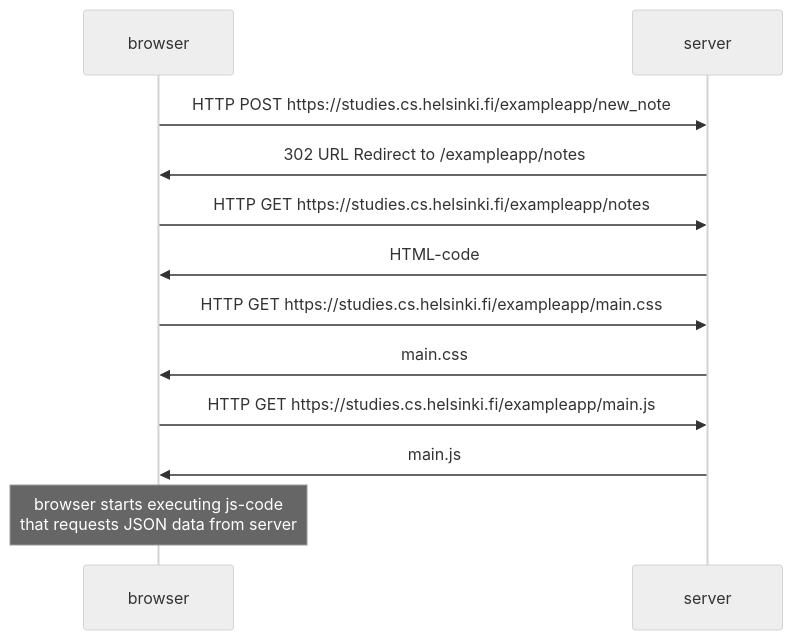
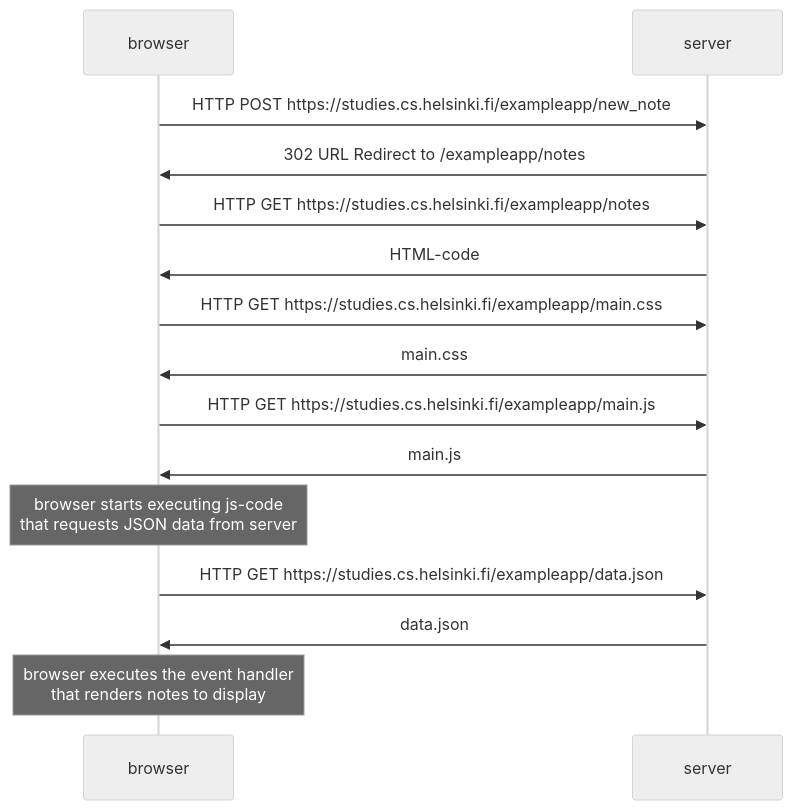
The diagram in part0/new_note_diagram.md (IAmCellist/full-stack-open), drawn with Mermaid (neutral theme) before and after one commit.

````diff
--- a/part0/new_note_diagram.md
+++ b/part0/new_note_diagram.md
@@ -1,19 +1,24 @@
 ```mermaid
   sequenceDiagram
     participant browser
     participant server
     browser->>server: HTTP POST https://studies.cs.helsinki.fi/exampleapp/new_note
     server->>browser: 302 URL Redirect to /exampleapp/notes
     browser->>server: HTTP GET https://studies.cs.helsinki.fi/exampleapp/notes
     server->>browser: HTML-code
     browser->>server: HTTP GET https://studies.cs.helsinki.fi/exampleapp/main.css
     server->>browser: main.css
     browser->>server: HTTP GET https://studies.cs.helsinki.fi/exampleapp/main.js
     server->>browser: main.js
     
     Note over browser: browser starts executing js-code <br/> that requests JSON data from server
     
+    browser->>server: HTTP GET https://studies.cs.helsinki.fi/exampleapp/data.json
+    server->>browser: data.json
+    
+    Note over browser: browser executes the event handler<br/>that renders notes to display
+    
 
     
   
 ```
````
